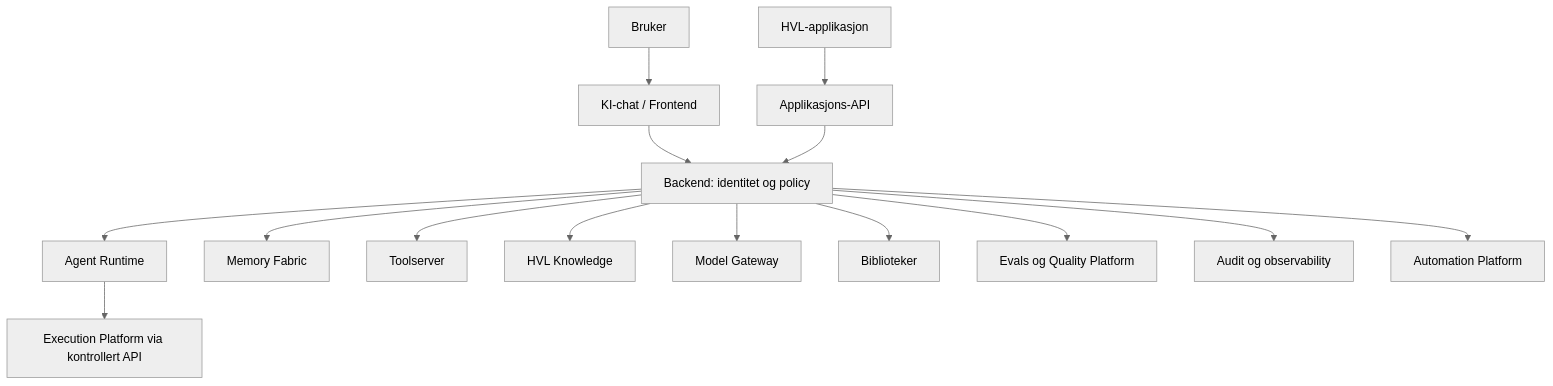
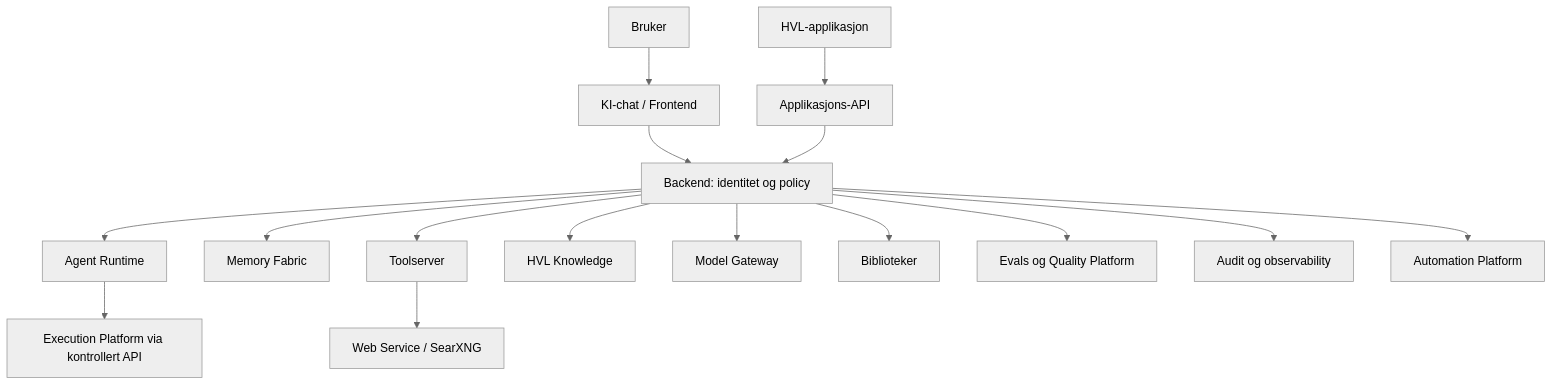
One commit to IvarRosenbergHVL/hvl-ki-documentation changed the first of 2 diagrams in docs/utviklere/intro.mdx. Above: the diagram before and after it, drawn with Mermaid (neutral theme). The commit also changed other lines of this file and 11 other files, not shown here.

Commit message:
Update MVP scope, development approach and cross-audience architecture documentation

````diff
--- a/docs/utviklere/intro.mdx
+++ b/docs/utviklere/intro.mdx
@@ -28,17 +32,18 @@
 ```mermaid
 flowchart TD
  U[Bruker] --> F[KI-chat / Frontend]
  AP[HVL-applikasjon] --> I[Applikasjons-API]
  F --> B[Backend: identitet og policy]
  I --> B
  B --> R[Agent Runtime]
  B --> M[Memory Fabric]
  B --> T[Toolserver]
+ T --> WS[Web Service / SearXNG]
  B --> K[HVL Knowledge]
  B --> G[Model Gateway]
  B --> L[Biblioteker]
  R --> X[Execution Platform via kontrollert API]
  B --> E[Evals og Quality Platform]
  B --> A[Audit og observability]
  B --> W[Automation Platform]
 ```
````
